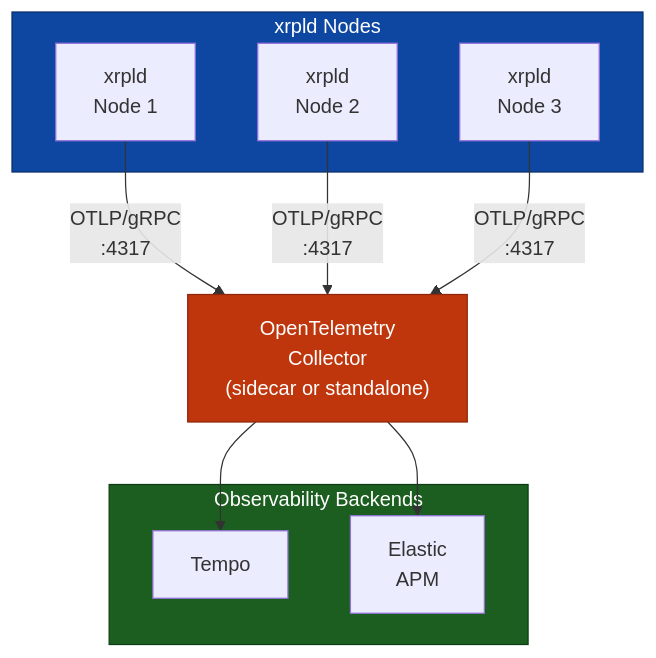
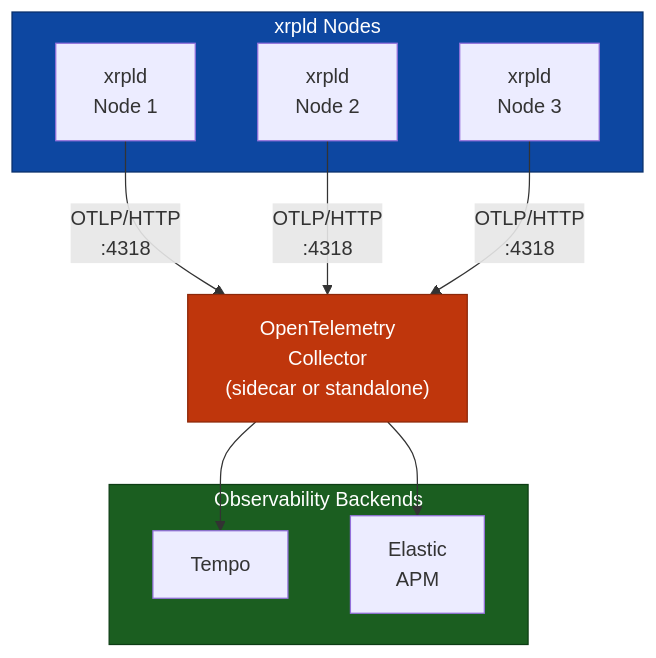
The first of 3 diagrams in OpenTelemetryPlan/02-design-decisions.md (XRPLF/rippled), drawn with Mermaid before and after one commit. The commit also changed other lines of this file and 2 other files, not shown here.

````diff
--- a/OpenTelemetryPlan/02-design-decisions.md
+++ b/OpenTelemetryPlan/02-design-decisions.md
@@ -39,26 +39,26 @@
 ```mermaid
 flowchart TB
     subgraph nodes["xrpld Nodes"]
         node1["xrpld<br/>Node 1"]
         node2["xrpld<br/>Node 2"]
         node3["xrpld<br/>Node 3"]
     end
 
     collector["OpenTelemetry<br/>Collector<br/>(sidecar or standalone)"]
 
     subgraph backends["Observability Backends"]
         tempo["Tempo"]
         elastic["Elastic<br/>APM"]
     end
 
-    node1 -->|"OTLP/gRPC<br/>:4317"| collector
-    node2 -->|"OTLP/gRPC<br/>:4317"| collector
-    node3 -->|"OTLP/gRPC<br/>:4317"| collector
+    node1 -->|"OTLP/HTTP<br/>:4318"| collector
+    node2 -->|"OTLP/HTTP<br/>:4318"| collector
+    node3 -->|"OTLP/HTTP<br/>:4318"| collector
 
     collector --> tempo
     collector --> elastic
 
     style nodes fill:#0d47a1,stroke:#082f6a,color:#ffffff
     style backends fill:#1b5e20,stroke:#0d3d14,color:#ffffff
     style collector fill:#bf360c,stroke:#8c2809,color:#ffffff
 ```
````
